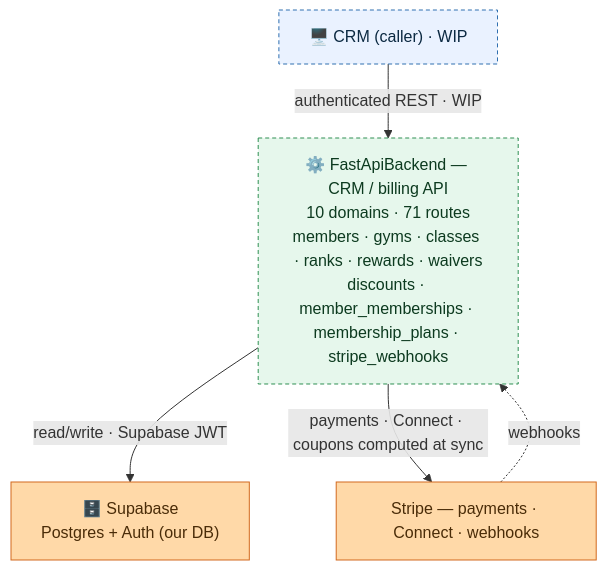
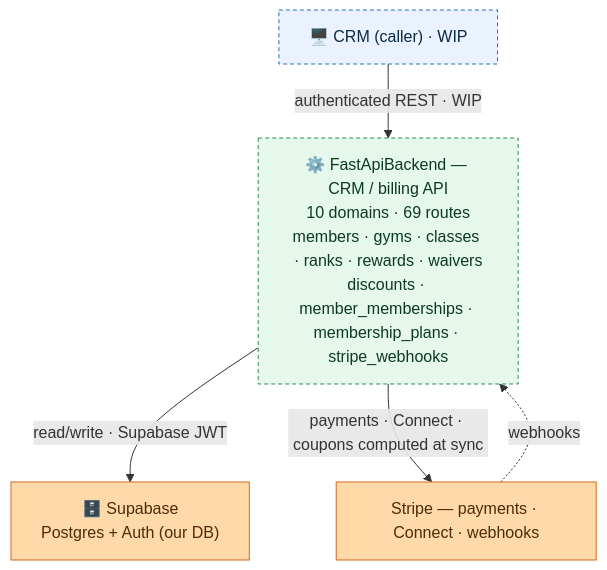
The diagram in FastApiBackend/README.md (jesse51002/CombatDen), drawn with Mermaid before and after one commit. The commit also changed other lines of this file and 23 other files, not shown here.

````diff
--- a/FastApiBackend/README.md
+++ b/FastApiBackend/README.md
@@ -15,19 +15,19 @@
 ```mermaid
 flowchart TB
   CRM["🖥️ CRM (caller) · WIP"]
-  FB["⚙️ FastApiBackend — CRM / billing API<br/>10 domains · 71 routes<br/>members · gyms · classes · ranks · rewards · waivers<br/>discounts · member_memberships · membership_plans · stripe_webhooks"]
+  FB["⚙️ FastApiBackend — CRM / billing API<br/>10 domains · 69 routes<br/>members · gyms · classes · ranks · rewards · waivers<br/>discounts · member_memberships · membership_plans · stripe_webhooks"]
   Supabase["🗄️ Supabase<br/>Postgres + Auth (our DB)"]
   Stripe["Stripe — payments · Connect · webhooks"]
   CRM -->|"authenticated REST · WIP"| FB
   FB -->|"read/write · Supabase JWT"| Supabase
   FB -->|"payments · Connect · coupons computed at sync"| Stripe
   Stripe -.->|"webhooks"| FB
   classDef client fill:#eaf2ff,stroke:#2f6fb0,color:#0b2942;
   classDef svc fill:#e6f7ec,stroke:#2f8f53,color:#0c3a1f;
   classDef ext fill:#ffd9a8,stroke:#d2691e,color:#4a2c08;
   class CRM client;
   class FB svc;
   class Supabase,Stripe ext;
   style CRM stroke-dasharray:4 3;
   style FB stroke-dasharray:4 3;
 ```
````
